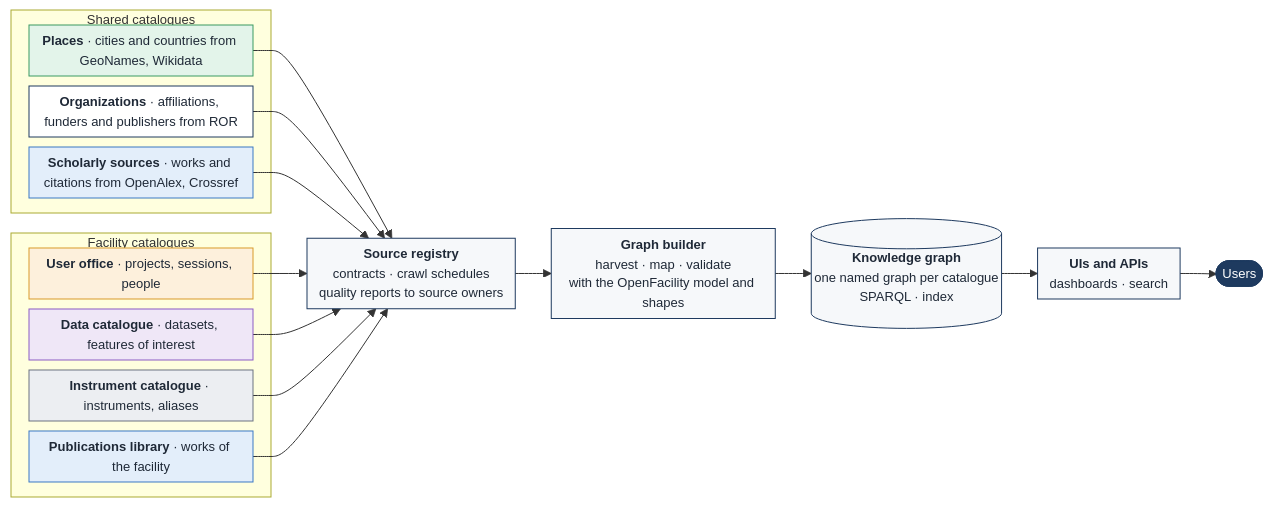
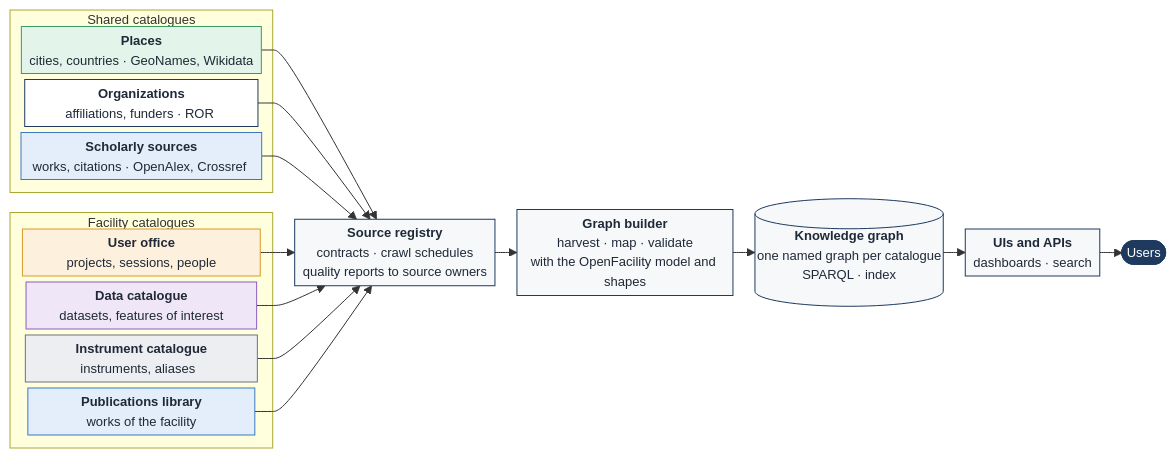
One commit to openfacility/.github changed the third of 5 diagrams in profile/README.md. Above: the diagram before and after it, drawn with Mermaid.

Commit message:
Tighter architecture graph: same-width two-line sources, shorter arrows

````diff
--- a/profile/README.md
+++ b/profile/README.md
@@ -75,41 +75,41 @@
 ```mermaid
-%%{init: {"themeVariables": {"fontSize": "13px"}, "flowchart": {"nodeSpacing": 10, "rankSpacing": 36, "padding": 6}}}%%
+%%{init: {"themeVariables": {"fontSize": "13px"}, "flowchart": {"nodeSpacing": 6, "rankSpacing": 22, "padding": 4, "diagramPadding": 4}}}%%
 flowchart LR
   subgraph shr["Shared catalogues"]
-    pl["<b>Places</b> · cities and countries from GeoNames, Wikidata"]
-    og["<b>Organizations</b> · affiliations, funders and publishers from ROR"]
-    ext["<b>Scholarly sources</b> · works and citations from OpenAlex, Crossref"]
+    pl["<b>Places</b><br/>cities,#nbsp;countries#nbsp;·#nbsp;GeoNames,#nbsp;Wikidata"]
+    og["<b>Organizations</b><br/>#nbsp;#nbsp;#nbsp;#nbsp;#nbsp;#nbsp;#nbsp;#nbsp;#nbsp;affiliations,#nbsp;funders#nbsp;·#nbsp;ROR#nbsp;#nbsp;#nbsp;#nbsp;#nbsp;#nbsp;#nbsp;#nbsp;#nbsp;#nbsp;"]
+    ext["<b>Scholarly#nbsp;sources</b><br/>#nbsp;works,#nbsp;citations#nbsp;·#nbsp;OpenAlex,#nbsp;Crossref#nbsp;#nbsp;"]
   end
   subgraph fac["Facility catalogues"]
-    uo["<b>User office</b> · projects, sessions, people"]
-    dc["<b>Data catalogue</b> · datasets, features of interest"]
-    ic["<b>Instrument catalogue</b> · instruments, aliases"]
-    lib["<b>Publications library</b> · works of the facility"]
+    uo["<b>User#nbsp;office</b><br/>#nbsp;#nbsp;#nbsp;#nbsp;#nbsp;#nbsp;#nbsp;#nbsp;#nbsp;#nbsp;projects,#nbsp;sessions,#nbsp;people#nbsp;#nbsp;#nbsp;#nbsp;#nbsp;#nbsp;#nbsp;#nbsp;#nbsp;#nbsp;"]
+    dc["<b>Data#nbsp;catalogue</b><br/>#nbsp;#nbsp;#nbsp;#nbsp;#nbsp;#nbsp;#nbsp;datasets,#nbsp;features#nbsp;of#nbsp;interest#nbsp;#nbsp;#nbsp;#nbsp;#nbsp;#nbsp;#nbsp;"]
+    ic["<b>Instrument#nbsp;catalogue</b><br/>#nbsp;#nbsp;#nbsp;#nbsp;#nbsp;#nbsp;#nbsp;#nbsp;#nbsp;#nbsp;#nbsp;#nbsp;#nbsp;instruments,#nbsp;aliases#nbsp;#nbsp;#nbsp;#nbsp;#nbsp;#nbsp;#nbsp;#nbsp;#nbsp;#nbsp;#nbsp;#nbsp;#nbsp;#nbsp;#nbsp;"]
+    lib["<b>Publications#nbsp;library</b><br/>#nbsp;#nbsp;#nbsp;#nbsp;#nbsp;#nbsp;#nbsp;#nbsp;#nbsp;#nbsp;#nbsp;#nbsp;#nbsp;#nbsp;works#nbsp;of#nbsp;the#nbsp;facility#nbsp;#nbsp;#nbsp;#nbsp;#nbsp;#nbsp;#nbsp;#nbsp;#nbsp;#nbsp;#nbsp;#nbsp;#nbsp;#nbsp;"]
   end
 
   reg["<b>Source registry</b><br/>contracts · crawl schedules<br/>quality reports to source owners"]
   bld["<b>Graph builder</b><br/>harvest · map · validate<br/>with the OpenFacility model and shapes"]
   kg[("<b>Knowledge graph</b><br/>one named graph per catalogue<br/>SPARQL · index")]
   ui["<b>UIs and APIs</b><br/>dashboards · search"]
   users(["Users"])
 
   pl & og & ext & uo & dc & ic & lib --> reg
   reg --> bld --> kg --> ui --> users
 
   classDef project fill:#fdf0dc,stroke:#d99a2b,color:#1f2937
   classDef dataset fill:#efe7f7,stroke:#8b5cc4,color:#1f2937
   classDef instrument fill:#eceef2,stroke:#6b7280,color:#1f2937
   classDef publication fill:#e3eefa,stroke:#3b78c4,color:#1f2937
   classDef place fill:#e3f4ea,stroke:#3a9a63,color:#1f2937
   classDef agent fill:#ffffff,stroke:#1e3a5f,color:#1f2937
   classDef comp fill:#f6f8fa,stroke:#1e3a5f,color:#1f2937
   classDef people fill:#1e3a5f,stroke:#1e3a5f,color:#ffffff
   class uo project
   class dc dataset
   class ic instrument
   class lib,ext publication
   class pl place
   class og agent
   class reg,bld,kg,ui comp
   class users people
 ```
````
